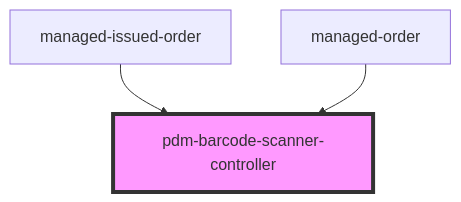
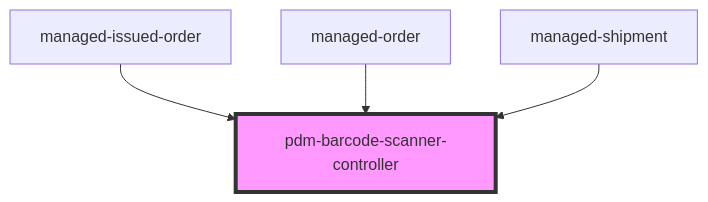
One commit to PharmaLedger-IMI/fgt-workspace changed the diagram in pdm-web-components/src/components/pdm-barcode-scanner-controller/readme.md. Above: the diagram before and after it, drawn with Mermaid. The commit also changed other lines of this file and 35 other files, not shown here.

````diff
--- a/pdm-web-components/src/components/pdm-barcode-scanner-controller/readme.md
+++ b/pdm-web-components/src/components/pdm-barcode-scanner-controller/readme.md
@@ -67,6 +68,7 @@
 ```mermaid
 graph TD;
   managed-issued-order --> pdm-barcode-scanner-controller
   managed-order --> pdm-barcode-scanner-controller
+  managed-shipment --> pdm-barcode-scanner-controller
   style pdm-barcode-scanner-controller fill:#f9f,stroke:#333,stroke-width:4px
 ```
````
